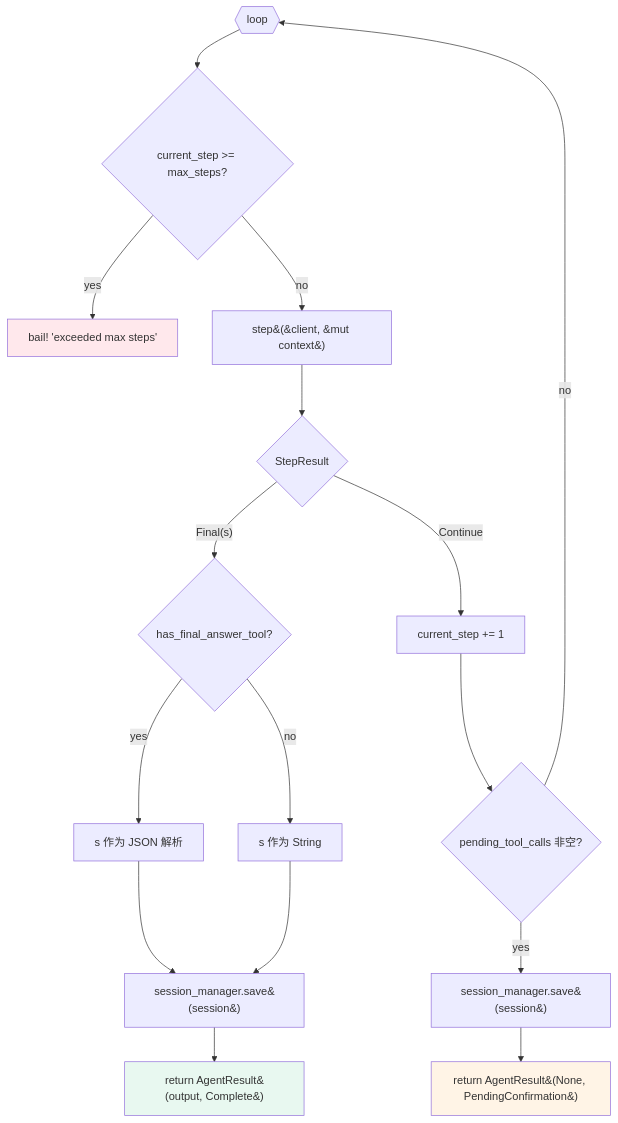
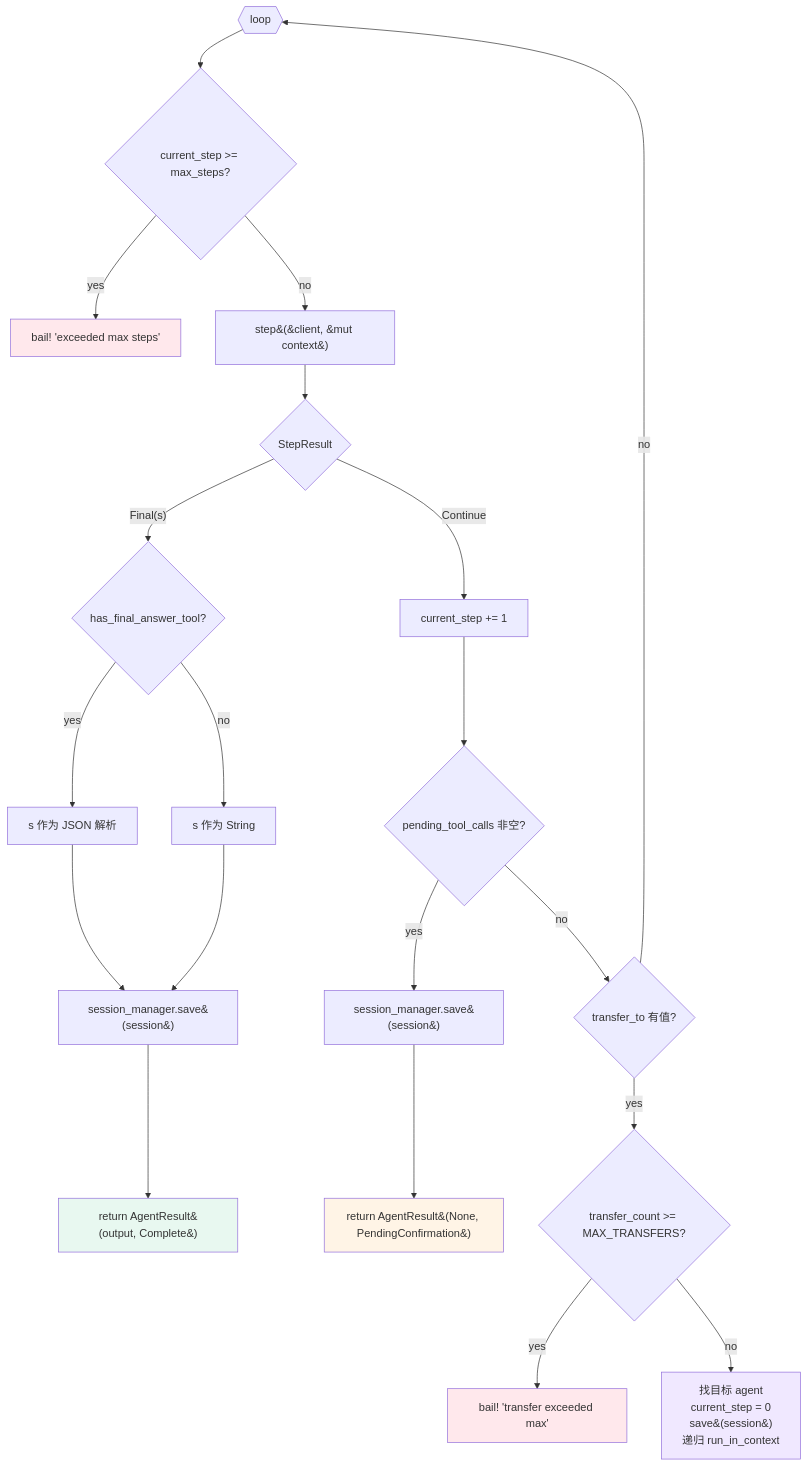
One commit to heheshang/zephyr changed diagram 17 of 54 in README.md. Above: the diagram before and after it, drawn with Mermaid. The commit also changed other lines of this file and 19 other files, not shown here.

````diff
--- a/README.md
+++ b/README.md
@@ -568,24 +1589,30 @@
 ```mermaid
 flowchart TD
     LOOP{{"loop"}} --> GUARD{"current_step >= max_steps?"}
     GUARD -->|yes| BAIL["bail! 'exceeded max steps'"]
     GUARD -->|no| STEP["step&#40;&client, &mut context&#41;"]
 
     STEP --> RES{"StepResult"}
     RES -->|"Final(s)"| PARSE{"has_final_answer_tool?"}
     PARSE -->|yes| JSON["s 作为 JSON 解析"]
     PARSE -->|no| TEXT["s 作为 String"]
     JSON --> SAVE1["session_manager.save&#40;session&#41;"]
     TEXT --> SAVE1
     SAVE1 --> RETC["return AgentResult&#40;output, Complete&#41;"]
 
     RES -->|"Continue"| INC["current_step += 1"]
     INC --> PEND{"pending_tool_calls 非空?"}
     PEND -->|yes| SAVE2["session_manager.save&#40;session&#41;"]
     SAVE2 --> RETP["return AgentResult&#40;None, PendingConfirmation&#41;"]
-    PEND -->|no| LOOP
+    PEND -->|no| TRF{"transfer_to 有值?"}
+    TRF -->|yes| TRFC{"transfer_count >= MAX_TRANSFERS?"}
+    TRFC -->|yes| BAIL2["bail! 'transfer exceeded max'"]
+    TRFC -->|no| TRFH["找目标 agent<br/>current_step = 0<br/>save&#40;session&#41;<br/>递归 run_in_context"]
+    TRF -->|no| LOOP
 
     style BAIL fill:#ffe8ec
+    style BAIL2 fill:#ffe8ec
     style RETC fill:#e8f8f0
     style RETP fill:#fff4e6
+    style TRFH fill:#f0e8ff
 ```
````
